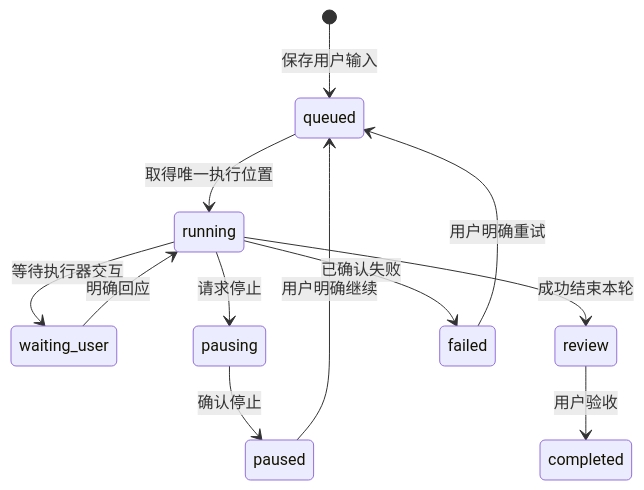
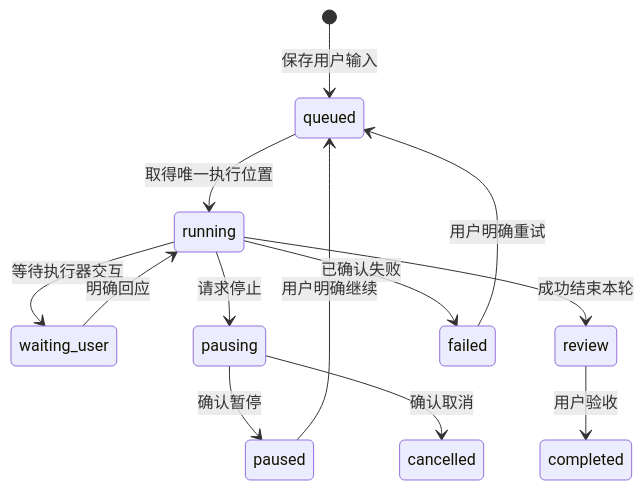
The second of 3 diagrams in docs/zh-CN/architecture.md (Stephen-Sim/dant), drawn with Mermaid before and after one commit. The commit also changed other lines of this file and 71 other files, not shown here.

````diff
--- a/docs/zh-CN/architecture.md
+++ b/docs/zh-CN/architecture.md
@@ -52,14 +56,15 @@
 ```mermaid
 stateDiagram-v2
   [*] --> queued: 保存用户输入
   queued --> running: 取得唯一执行位置
   running --> waiting_user: 等待执行器交互
   waiting_user --> running: 明确回应
   running --> pausing: 请求停止
-  pausing --> paused: 确认停止
+  pausing --> paused: 确认暂停
+  pausing --> cancelled: 确认取消
   running --> review: 成功结束本轮
   review --> completed: 用户验收
   running --> failed: 已确认失败
   paused --> queued: 用户明确继续
   failed --> queued: 用户明确重试
 ```
````
